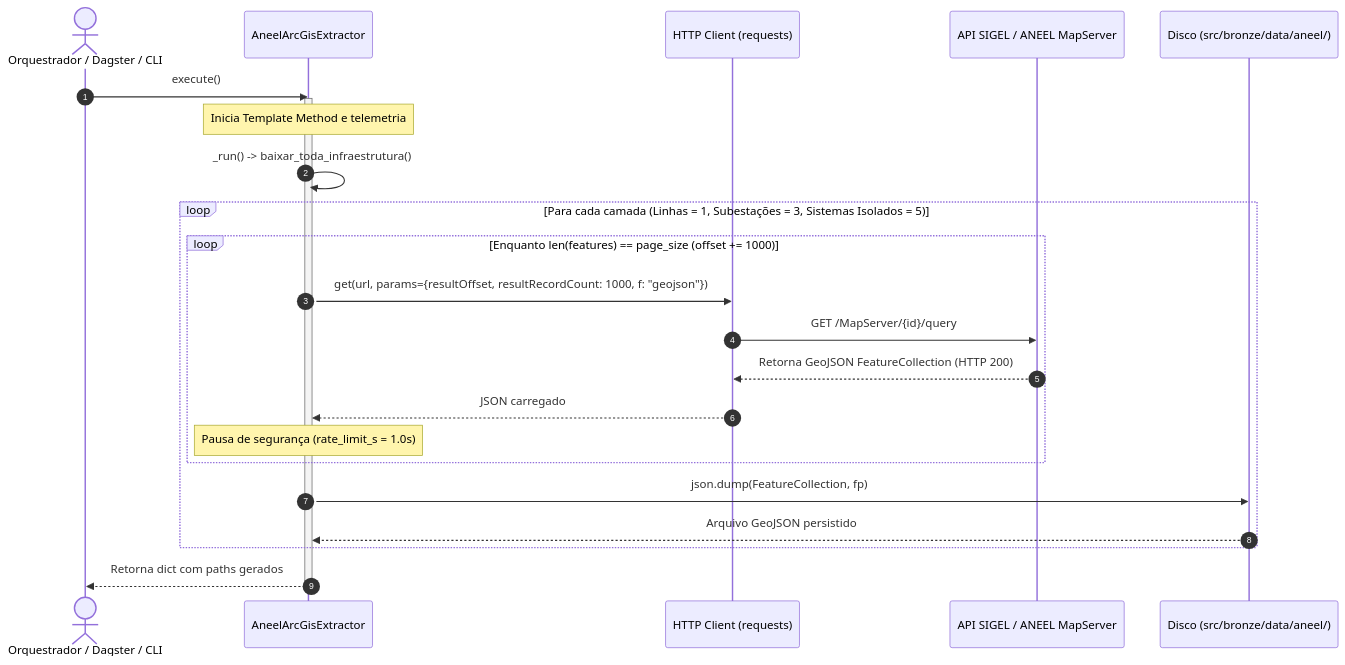
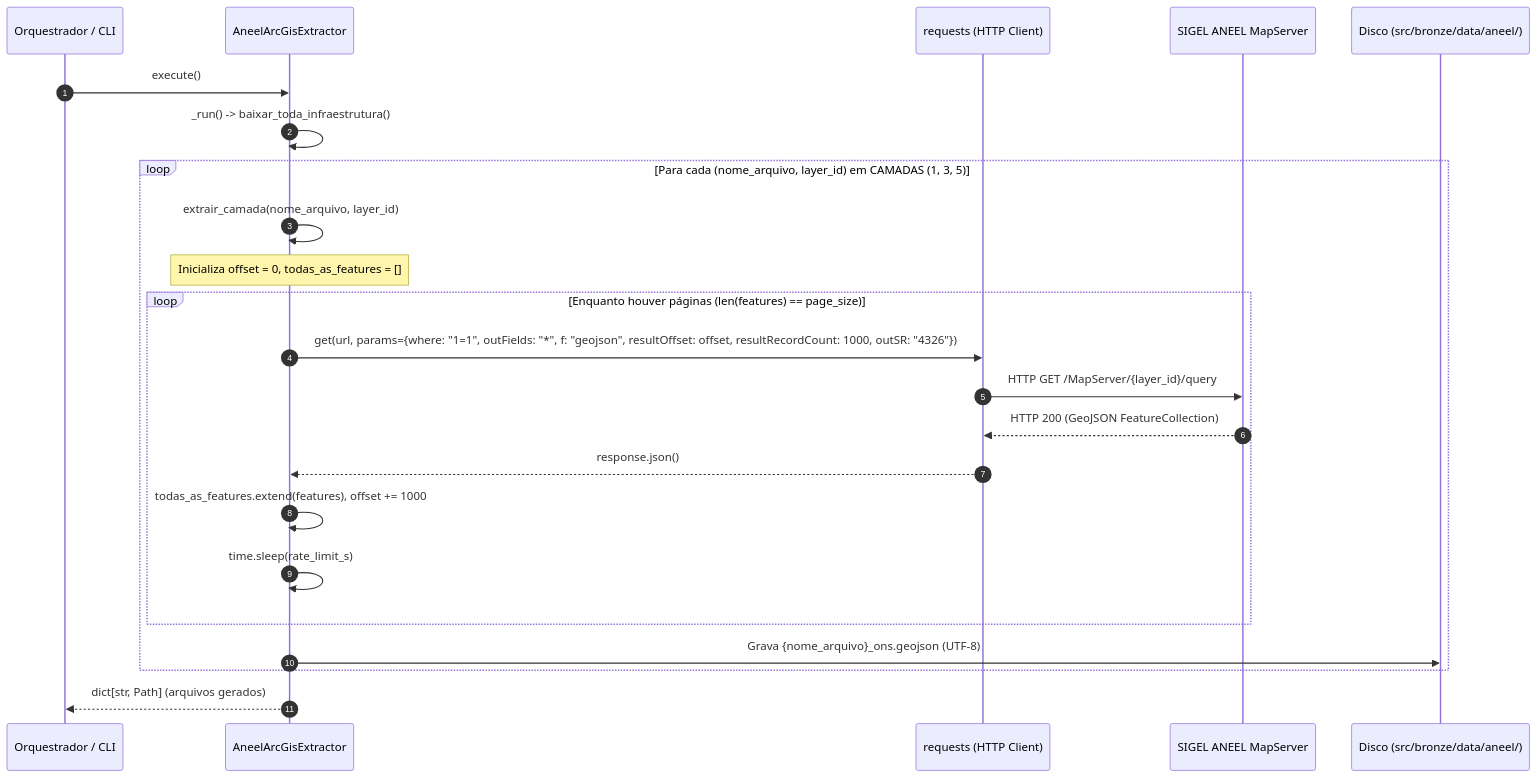
One commit to gabriel-goncalves1122/mapeamento-risco-queimadas-inpe changed the second of 3 diagrams in src/bronze/README.md. Above: the diagram before and after it, drawn with Mermaid. The commit also changed other lines of this file and 38 other files, not shown here.

Commit message:
docs(architecture): reorganiza trilha arquitetural em 6 capitulos e expande readmes modulares

````diff
--- a/src/bronze/README.md
+++ b/src/bronze/README.md
@@ -77,29 +51,26 @@
 ```mermaid
 sequenceDiagram
     autonumber
-    actor CLI as Orquestrador / Dagster / CLI
+    participant Caller as Orquestrador / CLI
     participant Extractor as AneelArcGisExtractor
-    participant Session as HTTP Client (requests)
-    participant ArcGIS as API SIGEL / ANEEL MapServer
-    participant Storage as Disco (src/bronze/data/aneel/)
+    participant HTTP as requests (HTTP Client)
+    participant Server as SIGEL ANEEL MapServer
+    participant Disk as Disco (src/bronze/data/aneel/)
 
-    CLI ->> Extractor: execute()
-    activate Extractor
-    Note over Extractor: Inicia Template Method e telemetria
-    Extractor ->> Extractor: _run() -> baixar_toda_infraestrutura()
-
-    loop Para cada camada (Linhas = 1, Subestações = 3, Sistemas Isolados = 5)
-        loop Enquanto len(features) == page_size (offset += 1000)
-            Extractor ->> Session: get(url, params={resultOffset, resultRecordCount: 1000, f: "geojson"})
-            Session ->> ArcGIS: GET /MapServer/{id}/query
-            ArcGIS -->> Session: Retorna GeoJSON FeatureCollection (HTTP 200)
-            Session -->> Extractor: JSON carregado
-            Note over Extractor: Pausa de segurança (rate_limit_s = 1.0s)
+    Caller->>Extractor: execute()
+    Extractor->>Extractor: _run() -> baixar_toda_infraestrutura()
+    loop Para cada (nome_arquivo, layer_id) em CAMADAS (1, 3, 5)
+        Extractor->>Extractor: extrair_camada(nome_arquivo, layer_id)
+        Note over Extractor: Inicializa offset = 0, todas_as_features = []
+        loop Enquanto houver páginas (len(features) == page_size)
+            Extractor->>HTTP: get(url, params={where: "1=1", outFields: "*", f: "geojson", resultOffset: offset, resultRecordCount: 1000, outSR: "4326"})
+            HTTP->>Server: HTTP GET /MapServer/{layer_id}/query
+            Server-->>HTTP: HTTP 200 (GeoJSON FeatureCollection)
+            HTTP-->>Extractor: response.json()
+            Extractor->>Extractor: todas_as_features.extend(features), offset += 1000
+            Extractor->>Extractor: time.sleep(rate_limit_s)
         end
-        Extractor ->> Storage: json.dump(FeatureCollection, fp)
-        Storage -->> Extractor: Arquivo GeoJSON persistido
+        Extractor->>Disk: Grava {nome_arquivo}_ons.geojson (UTF-8)
     end
-
-    Extractor -->> CLI: Retorna dict com paths gerados
-    deactivate Extractor
+    Extractor-->>Caller: dict[str, Path] (arquivos gerados)
 ```
````
